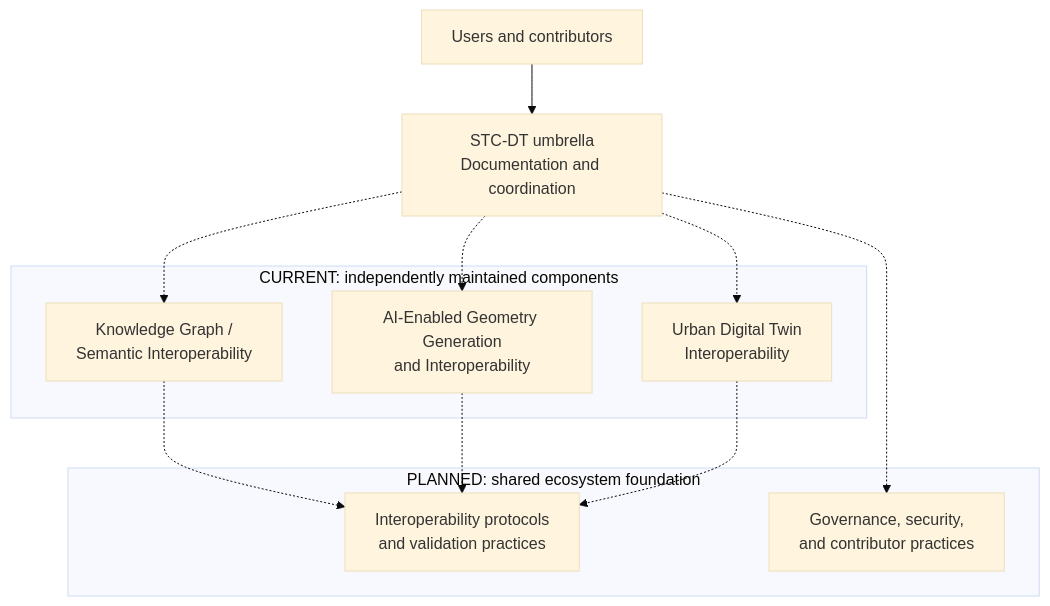
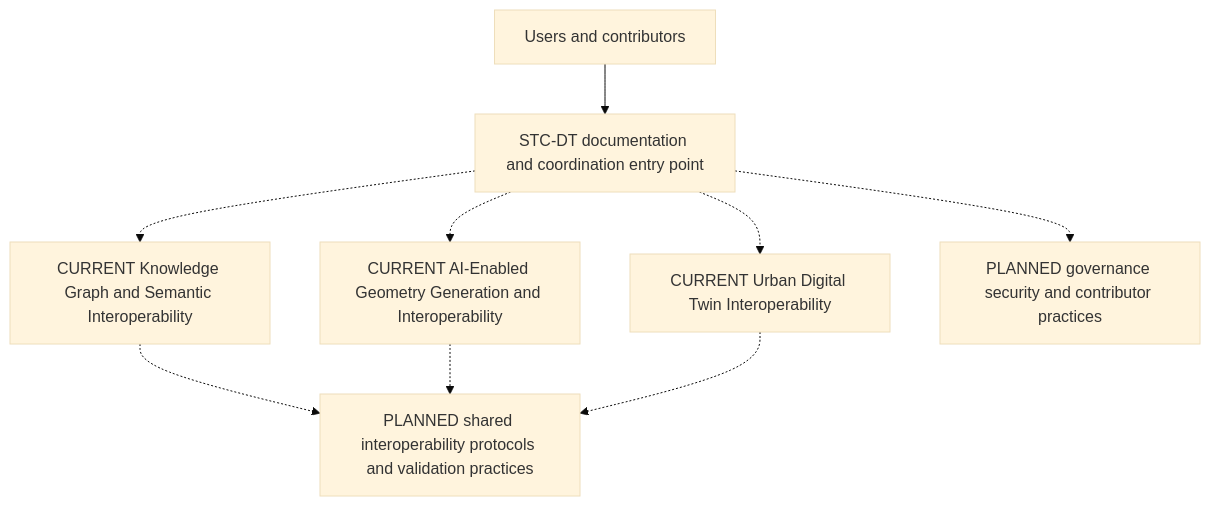
One commit to vijaybkhot/STC-DT changed the diagram in README.md. Above: the diagram before and after it, drawn with Mermaid (base theme). The commit also changed 1 other file, not shown here.

Commit message:
docs: simplify Mermaid diagrams for GitHub

````diff
--- a/README.md
+++ b/README.md
@@ -17,25 +17,11 @@
 ```mermaid
-flowchart TB
-    U["Users and contributors"] --> STC["STC-DT umbrella<br>Documentation and coordination"]
-
-    subgraph Current["CURRENT: independently maintained components"]
-        KG["Knowledge Graph /<br>Semantic Interoperability"]
-        GEO["AI-Enabled Geometry Generation<br>and Interoperability"]
-        UDT["Urban Digital Twin<br>Interoperability"]
-    end
-
-    subgraph Planned["PLANNED: shared ecosystem foundation"]
-        IP["Interoperability protocols<br>and validation practices"]
-        GP["Governance, security,<br>and contributor practices"]
-    end
-
-    STC -.-> KG
-    STC -.-> GEO
-    STC -.-> UDT
-
-    KG -.-> IP
-    GEO -.-> IP
-    UDT -.-> IP
-
-    STC -.-> GP
+graph TB;
+    U[Users and contributors] --> STC[STC-DT documentation and coordination entry point];
+    STC -.-> KG[CURRENT Knowledge Graph and Semantic Interoperability];
+    STC -.-> GEO[CURRENT AI-Enabled Geometry Generation and Interoperability];
+    STC -.-> UDT[CURRENT Urban Digital Twin Interoperability];
+    KG -.-> IP[PLANNED shared interoperability protocols and validation practices];
+    GEO -.-> IP;
+    UDT -.-> IP;
+    STC -.-> GP[PLANNED governance security and contributor practices];
 ```
````
